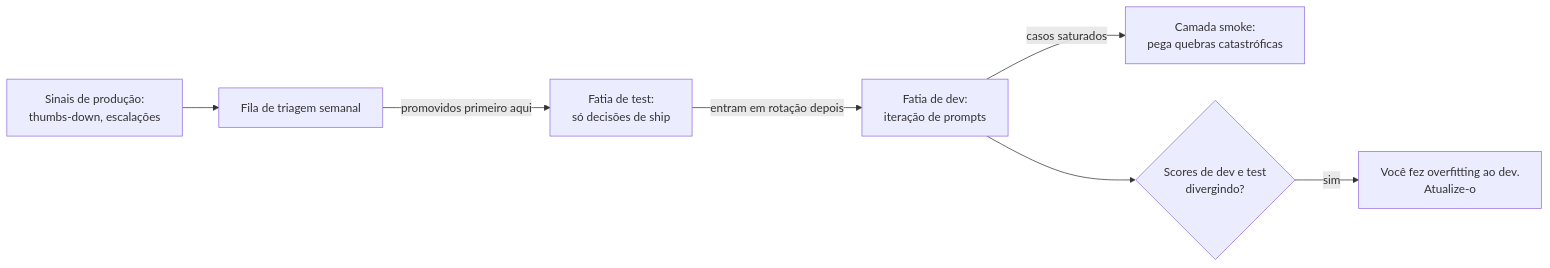
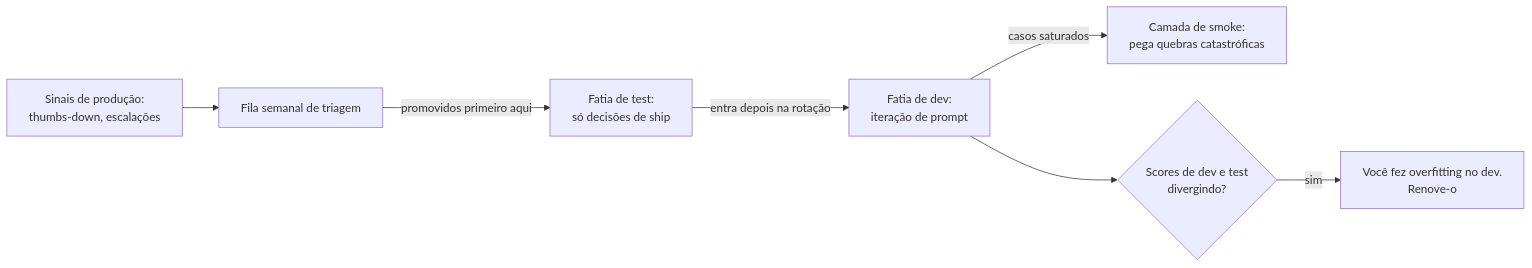
One commit to andrevberaldo/AI-Engineer-Interview-Questions changed diagram 15 of 28 in 07-evaluation-and-observability/questions.pt-BR.md. Above: the diagram before and after it, drawn with Mermaid. The commit also changed other lines of this file and 1 other file, not shown here.

````diff
--- a/07-evaluation-and-observability/questions.pt-BR.md
+++ b/07-evaluation-and-observability/questions.pt-BR.md
@@ -766,9 +766,9 @@
 ```mermaid
 flowchart LR
-    P["Sinais de produção:<br/>thumbs-down, escalações"] --> T["Fila de triagem semanal"]
+    P["Sinais de produção:<br/>thumbs-down, escalações"] --> T["Fila semanal de triagem"]
     T -->|"promovidos primeiro aqui"| TE["Fatia de test:<br/>só decisões de ship"]
-    TE -->|"entram em rotação depois"| DV["Fatia de dev:<br/>iteração de prompts"]
-    DV -->|"casos saturados"| SM["Camada smoke:<br/>pega quebras catastróficas"]
+    TE -->|"entra depois na rotação"| DV["Fatia de dev:<br/>iteração de prompt"]
+    DV -->|"casos saturados"| SM["Camada de smoke:<br/>pega quebras catastróficas"]
     DV --> W{"Scores de dev e test<br/>divergindo?"}
-    W -->|"sim"| O["Você fez overfitting ao dev.<br/>Atualize-o"]
+    W -->|"sim"| O["Você fez overfitting no dev.<br/>Renove-o"]
 ```
````
